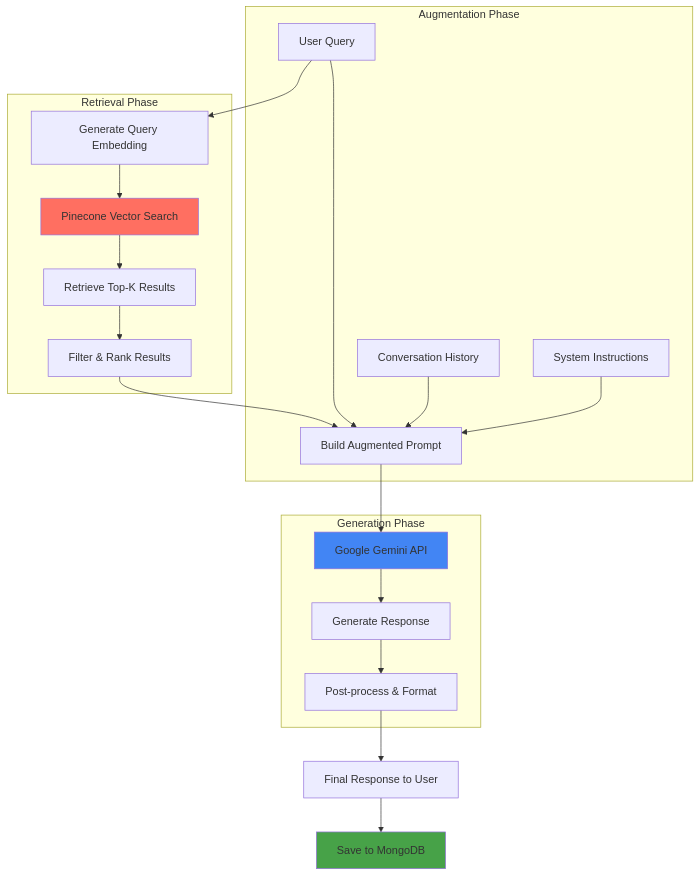
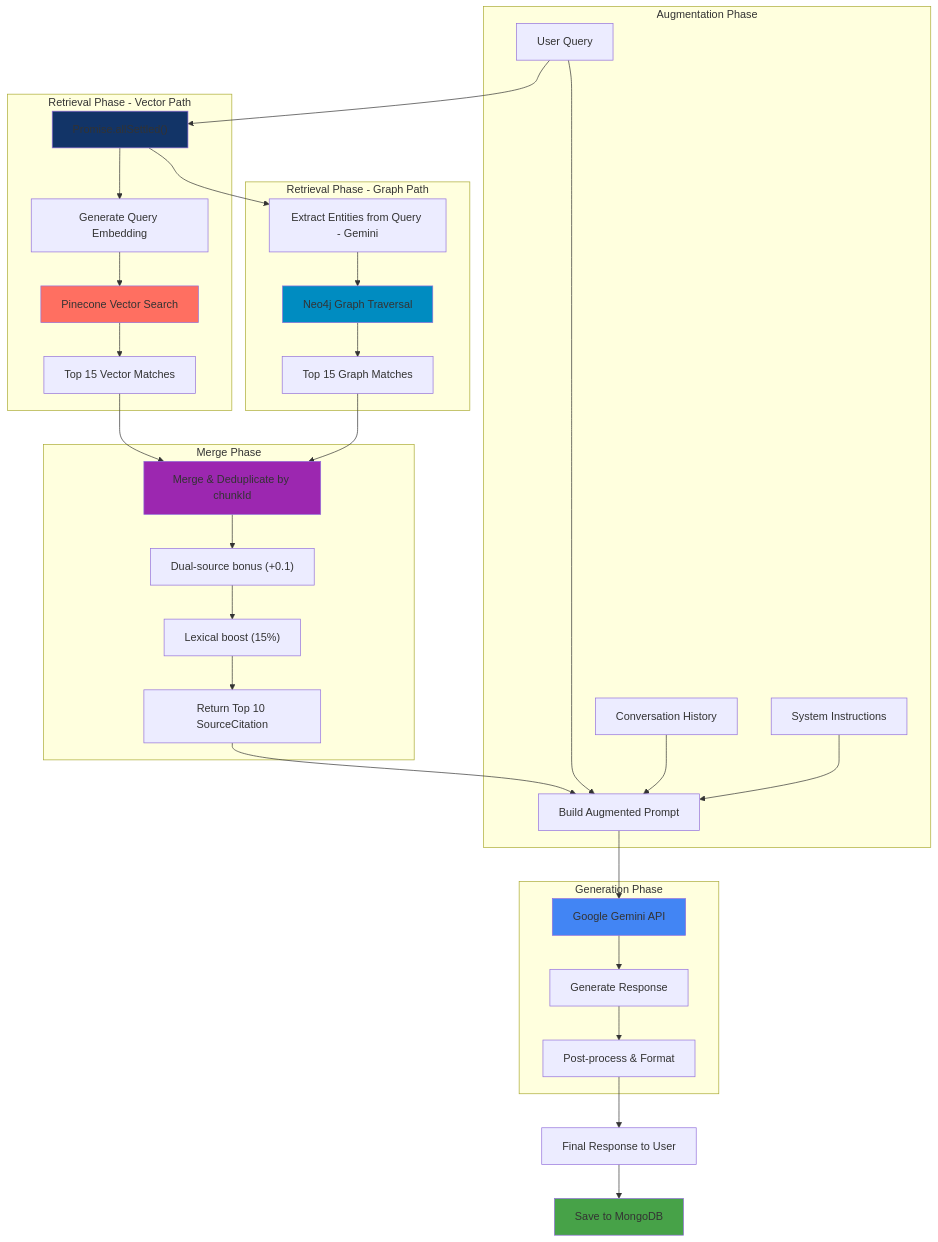
Diagram 12 of 43 in ARCHITECTURE.md (hoangsonww/AI-RAG-Assistant-Chatbot), drawn with Mermaid before and after one commit. The commit also changed other lines of this file and 32 other files, not shown here.

First line of the commit message:
feat(rag): add hybrid Pinecone+Neo4j retrieval, graph ingestion, and CLI graph management

````diff
--- a/ARCHITECTURE.md
+++ b/ARCHITECTURE.md
@@ -532,31 +610,48 @@
 ```mermaid
 graph TB
-    UserQuery[User Query] --> EmbedQuery[Generate Query Embedding]
+    UserQuery[User Query] --> ParallelRetrieval["Promise.allSettled()"]
 
-    subgraph "Retrieval Phase"
+    subgraph "Retrieval Phase - Vector Path"
+        ParallelRetrieval --> EmbedQuery[Generate Query Embedding]
         EmbedQuery --> VectorSearch[Pinecone Vector Search]
-        VectorSearch --> TopK[Retrieve Top-K Results]
-        TopK --> FilterResults[Filter & Rank Results]
+        VectorSearch --> VectorTopK[Top 15 Vector Matches]
+    end
+
+    subgraph "Retrieval Phase - Graph Path"
+        ParallelRetrieval --> ExtractEntities[Extract Entities from Query - Gemini]
+        ExtractEntities --> GraphSearch[Neo4j Graph Traversal]
+        GraphSearch --> GraphTopK[Top 15 Graph Matches]
+    end
+
+    subgraph "Merge Phase"
+        VectorTopK --> MergeDedup[Merge & Deduplicate by chunkId]
+        GraphTopK --> MergeDedup
+        MergeDedup --> ScoreBonus["Dual-source bonus (+0.1)"]
+        ScoreBonus --> LexicalBoost["Lexical boost (15%)"]
+        LexicalBoost --> Top10[Return Top 10 SourceCitation]
     end
 
     subgraph "Augmentation Phase"
-        FilterResults --> BuildPrompt[Build Augmented Prompt]
+        Top10 --> BuildPrompt[Build Augmented Prompt]
         UserQuery --> BuildPrompt
         ConversationHistory[Conversation History] --> BuildPrompt
         SystemInstructions[System Instructions] --> BuildPrompt
     end
 
     subgraph "Generation Phase"
         BuildPrompt --> GeminiAPI[Google Gemini API]
         GeminiAPI --> GenerateResponse[Generate Response]
         GenerateResponse --> PostProcess[Post-process & Format]
     end
 
     PostProcess --> FinalResponse[Final Response to User]
 
     FinalResponse --> SaveToMongo[Save to MongoDB]
 
     style VectorSearch fill:#FF6F61
+    style GraphSearch fill:#008CC1
+    style ParallelRetrieval fill:#123467
+    style MergeDedup fill:#9C27B0
     style GeminiAPI fill:#4285F4
     style SaveToMongo fill:#47A248
 ```
````
